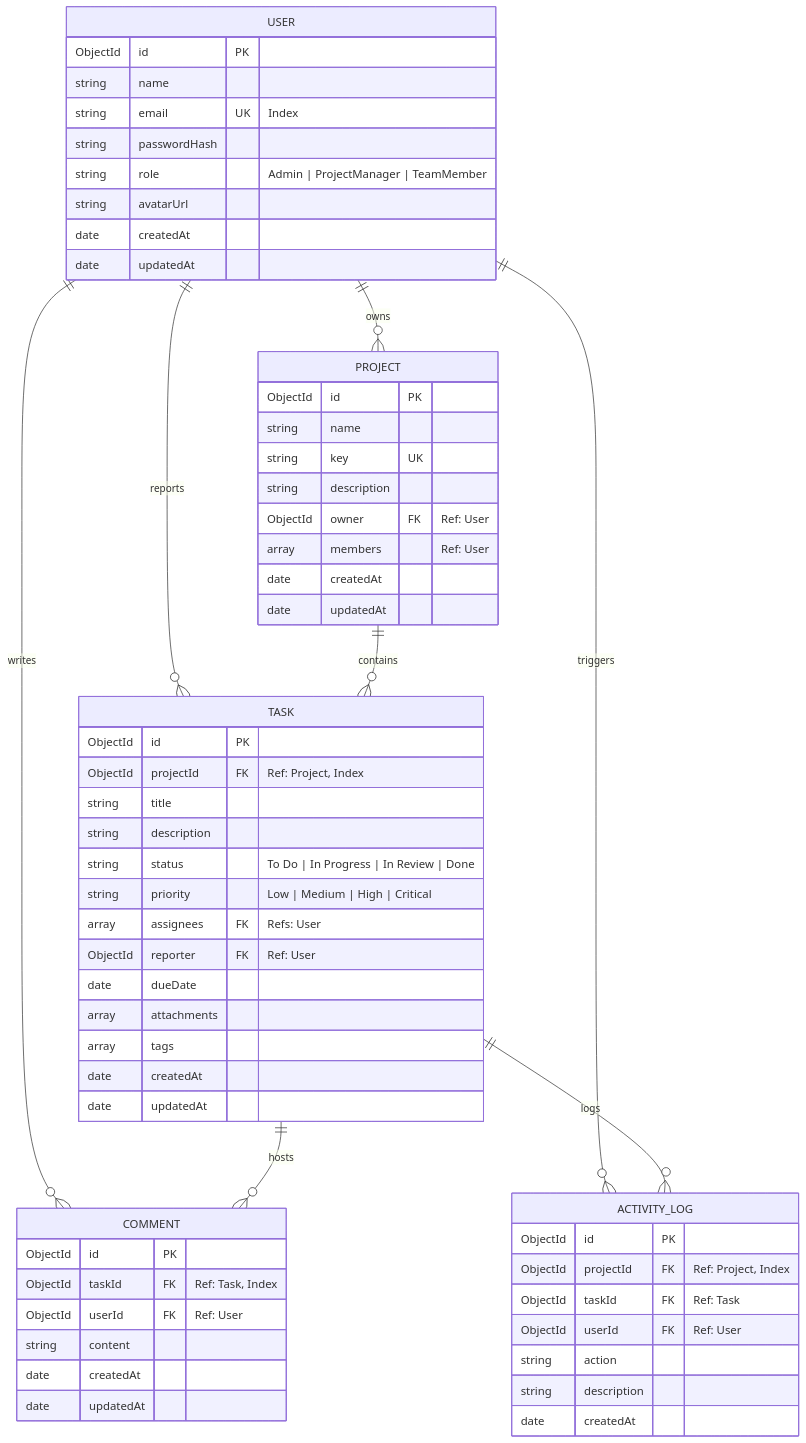
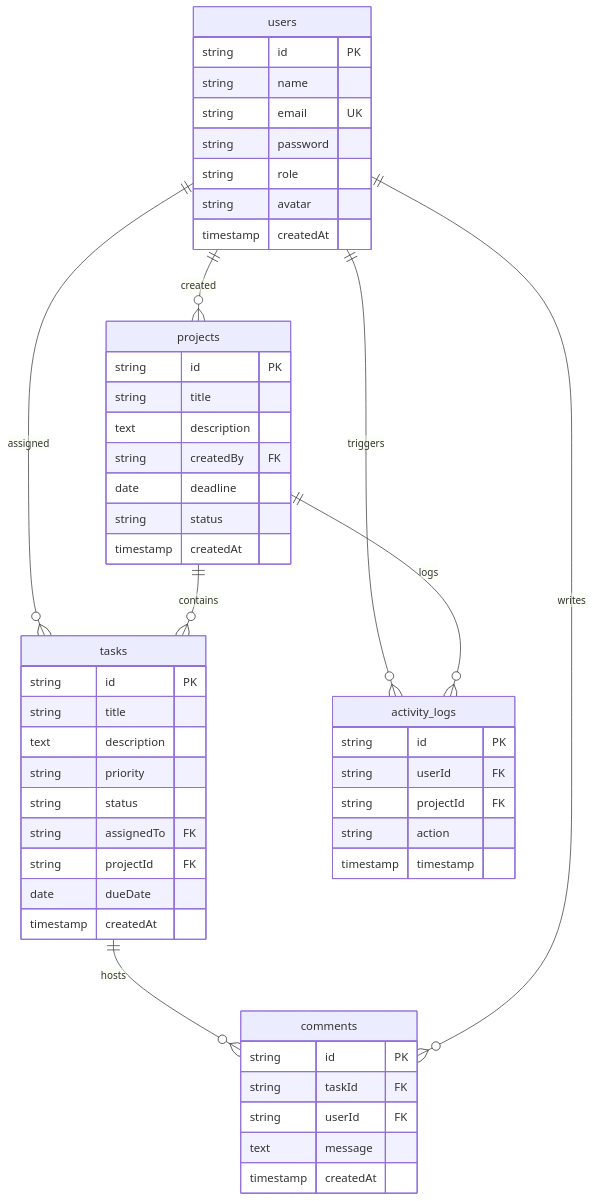
Before and after one commit to Shivasaini2006/prodesk-capstone-sprint13: the first of 2 diagrams in README.md, drawn with Mermaid. The commit also changed other lines of this file and 1 other file, not shown here.

Commit message:
docs: update ERD database schema in README and replace weekly prompts with main development prompt

````diff
--- a/README.md
+++ b/README.md
@@ -71,63 +69,54 @@
 ```mermaid
 erDiagram
-    USER {
-        ObjectId id PK
+    users {
+        string id PK
         string name
-        string email UK "Index"
-        string passwordHash
-        string role "Admin | ProjectManager | TeamMember"
-        string avatarUrl
-        date createdAt
-        date updatedAt
+        string email UK
+        string password
+        string role
+        string avatar
+        timestamp createdAt
     }
-    PROJECT {
-        ObjectId id PK
-        string name
-        string key UK
-        string description
-        ObjectId owner FK "Ref: User"
-        array members "Ref: User"
-        date createdAt
-        date updatedAt
+    projects {
+        string id PK
+        string title
+        text description
+        string createdBy FK
+        date deadline
+        string status
+        timestamp createdAt
     }
-    TASK {
-        ObjectId id PK
-        ObjectId projectId FK "Ref: Project, Index"
+    tasks {
+        string id PK
         string title
-        string description
-        string status "To Do | In Progress | In Review | Done"
-        string priority "Low | Medium | High | Critical"
-        array assignees FK "Refs: User"
-        ObjectId reporter FK "Ref: User"
+        text description
+        string priority
+        string status
+        string assignedTo FK
+        string projectId FK
         date dueDate
-        array attachments
-        array tags
-        date createdAt
-        date updatedAt
+        timestamp createdAt
     }
-    COMMENT {
-        ObjectId id PK
-        ObjectId taskId FK "Ref: Task, Index"
-        ObjectId userId FK "Ref: User"
-        string content
-        date createdAt
-        date updatedAt
+    comments {
+        string id PK
+        string taskId FK
+        string userId FK
+        text message
+        timestamp createdAt
     }
-    ACTIVITY_LOG {
-        ObjectId id PK
-        ObjectId projectId FK "Ref: Project, Index"
-        ObjectId taskId FK "Ref: Task"
-        ObjectId userId FK "Ref: User"
+    activity_logs {
+        string id PK
+        string userId FK
+        string projectId FK
         string action
-        string description
-        date createdAt
+        timestamp timestamp
     }
 
-    USER ||--o{ PROJECT : "owns"
-    USER ||--o{ TASK : "reports"
-    USER ||--o{ COMMENT : "writes"
-    USER ||--o{ ACTIVITY_LOG : "triggers"
-    PROJECT ||--o{ TASK : "contains"
-    TASK ||--o{ COMMENT : "hosts"
-    TASK ||--o{ ACTIVITY_LOG : "logs"
+    users ||--o{ projects : "created"
+    users ||--o{ tasks : "assigned"
+    projects ||--o{ tasks : "contains"
+    tasks ||--o{ comments : "hosts"
+    users ||--o{ comments : "writes"
+    users ||--o{ activity_logs : "triggers"
+    projects ||--o{ activity_logs : "logs"
 ```
````
